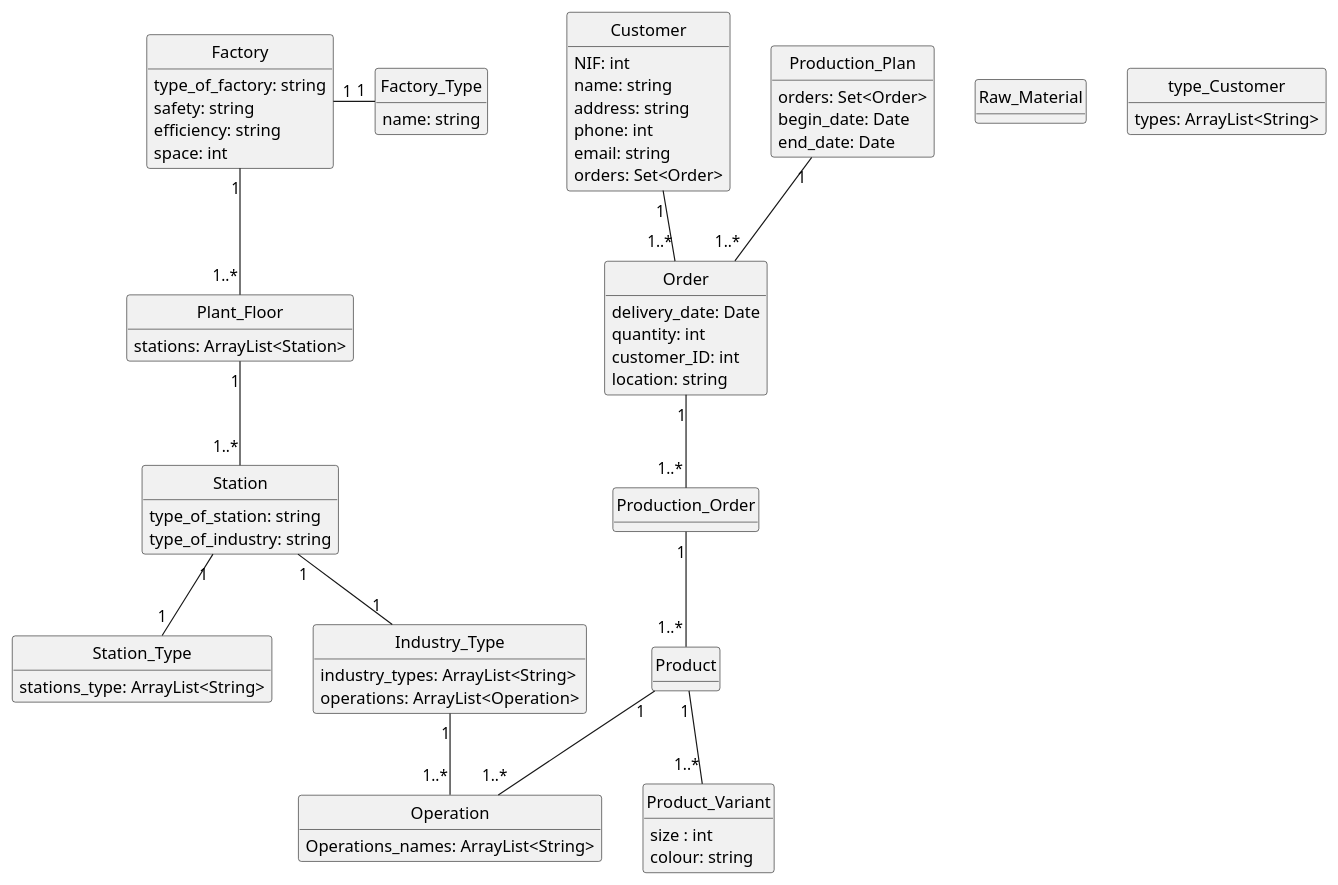
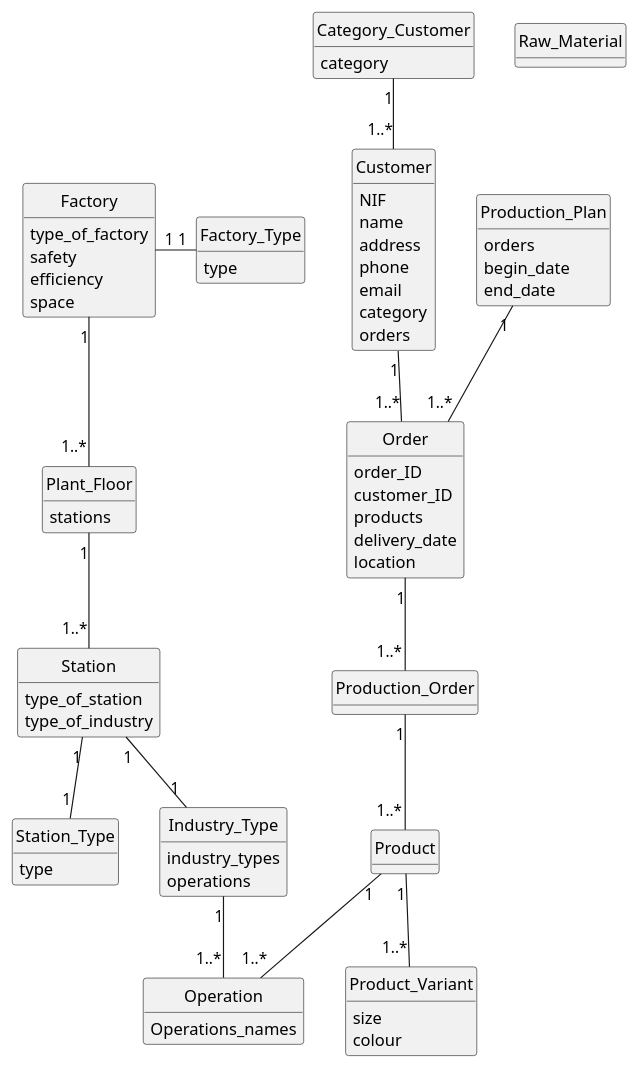
The diagram in documentation/Domain_Model.puml (DiogoMMP/industrial-production-management_y2_2024), drawn with PlantUML before and after one commit. The commit also changed 2 other files, not shown here.

```diff
--- a/documentation/Domain_Model.puml
+++ b/documentation/Domain_Model.puml
@@ -1,100 +1,103 @@
 @startuml
 skinparam monochrome true
 skinparam packageStyle rectangle
 skinparam shadowing false
 
 skinparam classAttributeIconSize 0
 hide circle
 hide methods
 
 class Customer{
-    NIF: int
-    name: string
-    address: string
-    phone: int
-    email: string
-    orders: Set<Order>
+    NIF
+    name
+    address
+    phone
+    email
+    category
+    orders
 }
 
 class Product{
 
 }
 
 class Product_Variant{
-    size : int
-    colour: string
+    size
+    colour
 }
 
 class Factory{
-    type_of_factory: string
-    safety: string
-    efficiency: string
-    space: int
+    type_of_factory
+    safety
+    efficiency
+    space
 }
 
 class Factory_Type{
-    name: string
+    type
 }
 
 class Raw_Material{
 
 }
 
 class Plant_Floor{
-    stations: ArrayList<Station>
+    stations
 }
 
 class Station{
-    type_of_station: string
-    type_of_industry: string
+    type_of_station
+    type_of_industry
 }
 
 class Station_Type{
-    stations_type: ArrayList<String>
+    type
 }
 
 class Industry_Type{
-    industry_types: ArrayList<String>
-    operations: ArrayList<Operation>
+    industry_types
+    operations
 }
 
 class Operation{
-    Operations_names: ArrayList<String>
+    Operations_names
 }
 
 class Production_Plan{
-    orders: Set<Order>
-    begin_date: Date
-    end_date: Date
+    orders
+    begin_date
+    end_date
 }
 
 class Order{
-    delivery_date: Date
-    quantity: int
-    customer_ID: int
-    location: string
+    order_ID
+    customer_ID
+    products
+    delivery_date
+    location
 }
 
-class type_Customer{
-    types: ArrayList<String>
+class Category_Customer{
+    category
 }
 
 class Production_Order{
 
 }
 
 
 Factory "1" - "1" Factory_Type
 Station "1" -- "1" Station_Type
 Factory "1" -- "1..*" Plant_Floor
 Plant_Floor "1" -- "1..*" Station
 Station "1" -- "1" Industry_Type
 Industry_Type "1" -- "1..*" Operation
 Product "1" -- "1..*" Operation
 Production_Plan "1" -- "1..*" Order
 Customer "1" -- "1..*" Order
+Category_Customer "1" -- "1..*" Customer
 Product "1" -- "1..*" Product_Variant
 Order "1" -- "1..*" Production_Order
 Production_Order "1" -- "1..*" Product
 
 @enduml
```
